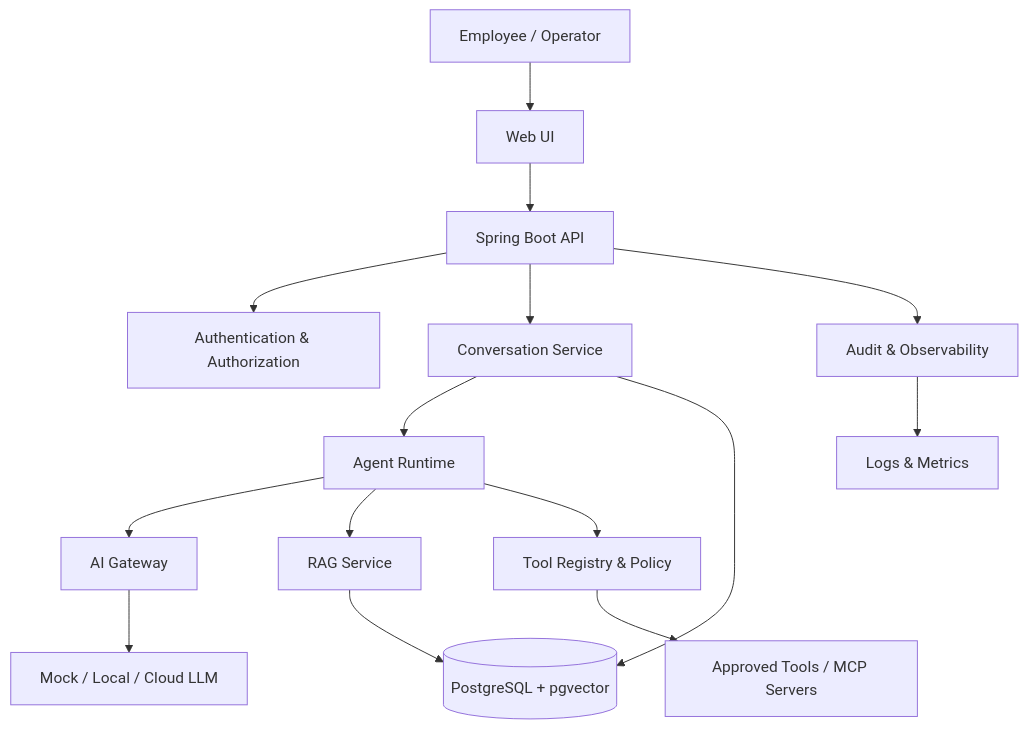
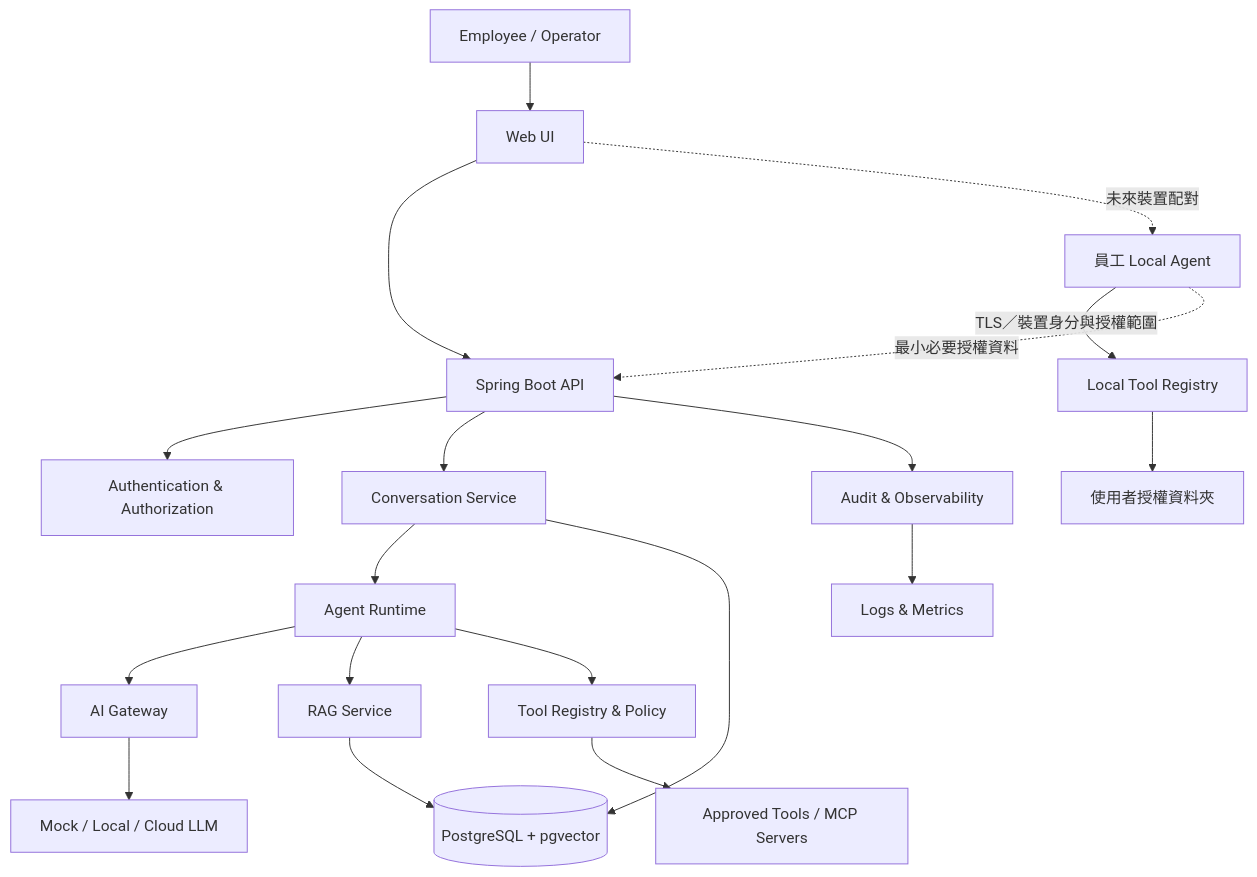
One commit to oscaryu0523/enterprise-operation-assistant changed the diagram in docs/PROJECT-SPEC.zh-TW.md. Above: the diagram before and after it, drawn with Mermaid. The commit also changed other lines of this file, not shown here.

Commit message:
docs: add post-MVP Local Agent architecture (zh-TW)

```diff
--- a/docs/PROJECT-SPEC.zh-TW.md
+++ b/docs/PROJECT-SPEC.zh-TW.md
@@ -144,17 +164,21 @@
 ~~~mermaid
 flowchart TD
     U[Employee / Operator] --> UI[Web UI]
     UI --> API[Spring Boot API]
     API --> SEC[Authentication & Authorization]
     API --> CHAT[Conversation Service]
     CHAT --> AGENT[Agent Runtime]
     AGENT --> GW[AI Gateway]
     GW --> LLM[Mock / Local / Cloud LLM]
     AGENT --> RAG[RAG Service]
     RAG --> PG[(PostgreSQL + pgvector)]
     AGENT --> TOOLS[Tool Registry & Policy]
     TOOLS --> SYS[Approved Tools / MCP Servers]
+    UI -. 未來裝置配對 .-> LA[員工 Local Agent]
+    LA -->|TLS／裝置身分與授權範圍| LTOOLS[Local Tool Registry]
+    LTOOLS --> FS[使用者授權資料夾]
+    LA -. 最小必要授權資料 .-> API
     API --> AUDIT[Audit & Observability]
     CHAT --> PG
     AUDIT --> OBS[Logs & Metrics]
 ~~~
```
